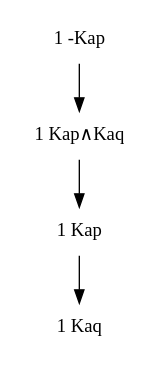
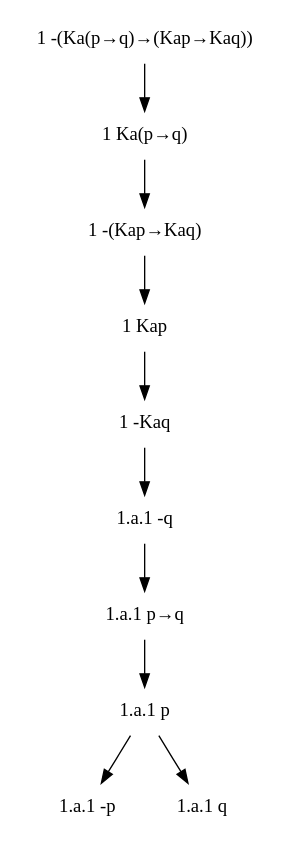
The diagram in lib/dots/graph_test.dot (cagve/epistemic-tree), drawn with Graphviz before and after one commit. The commit also changed 8 other files, not shown here.

```diff
--- a/lib/dots/graph_test.dot
+++ b/lib/dots/graph_test.dot
@@ -1,10 +1,22 @@
 digraph G {
 node[shape = none]
-1[label="1 -Kap"];
-11[label="1 Kap∧Kaq"];
-111[label="1 Kap"];
-1111[label="1 Kaq"];
+1[label="1 -(Ka(p→q)→(Kap→Kaq))"];
+11[label="1 Ka(p→q)"];
+111[label="1 -(Kap→Kaq)"];
+1111[label="1 Kap"];
+11111[label="1 -Kaq"];
+111111[label="1.a.1 -q"];
+1111111[label="1.a.1 p→q"];
+11111111[label="1.a.1 p"];
+111111111[label="1.a.1 -p"];
+111111112[label="1.a.1 q"];
 1 -> 11;
 11 -> 111;
 111 -> 1111;
+1111 -> 11111;
+11111 -> 111111;
+111111 -> 1111111;
+1111111 -> 11111111;
+11111111 -> 111111111;
+11111111 -> 111111112;
 }
```
